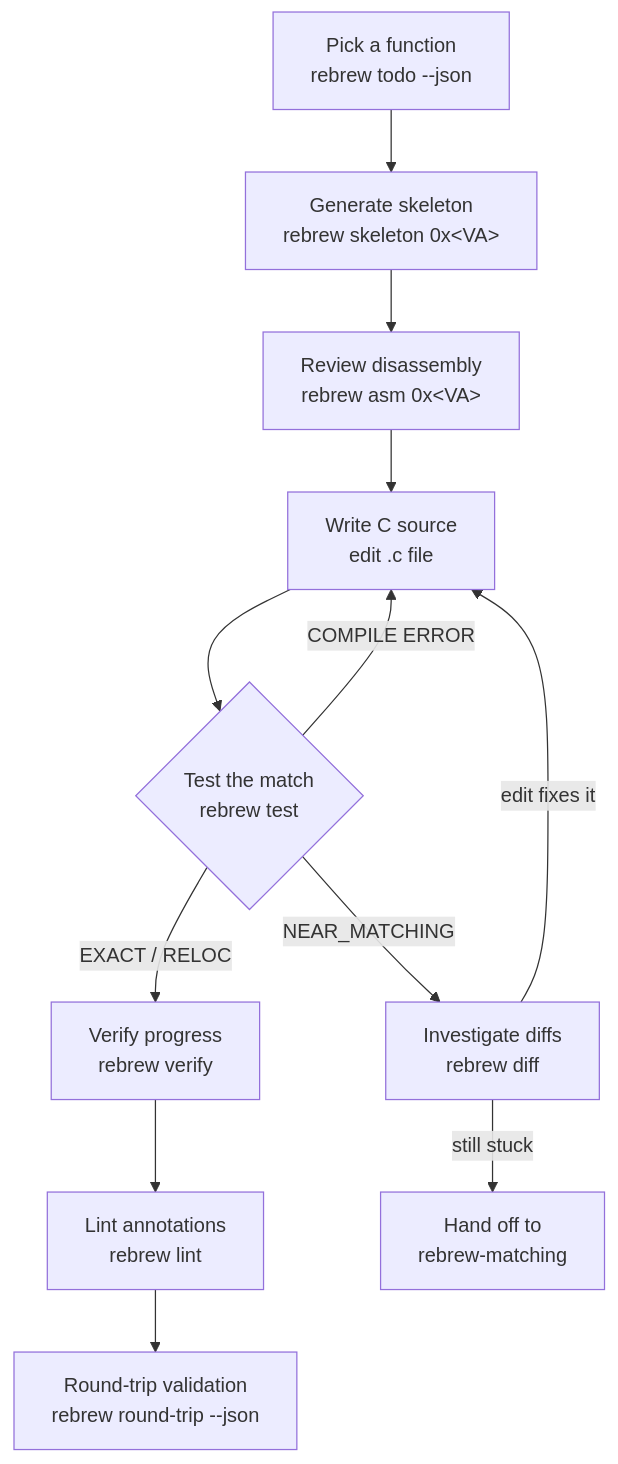
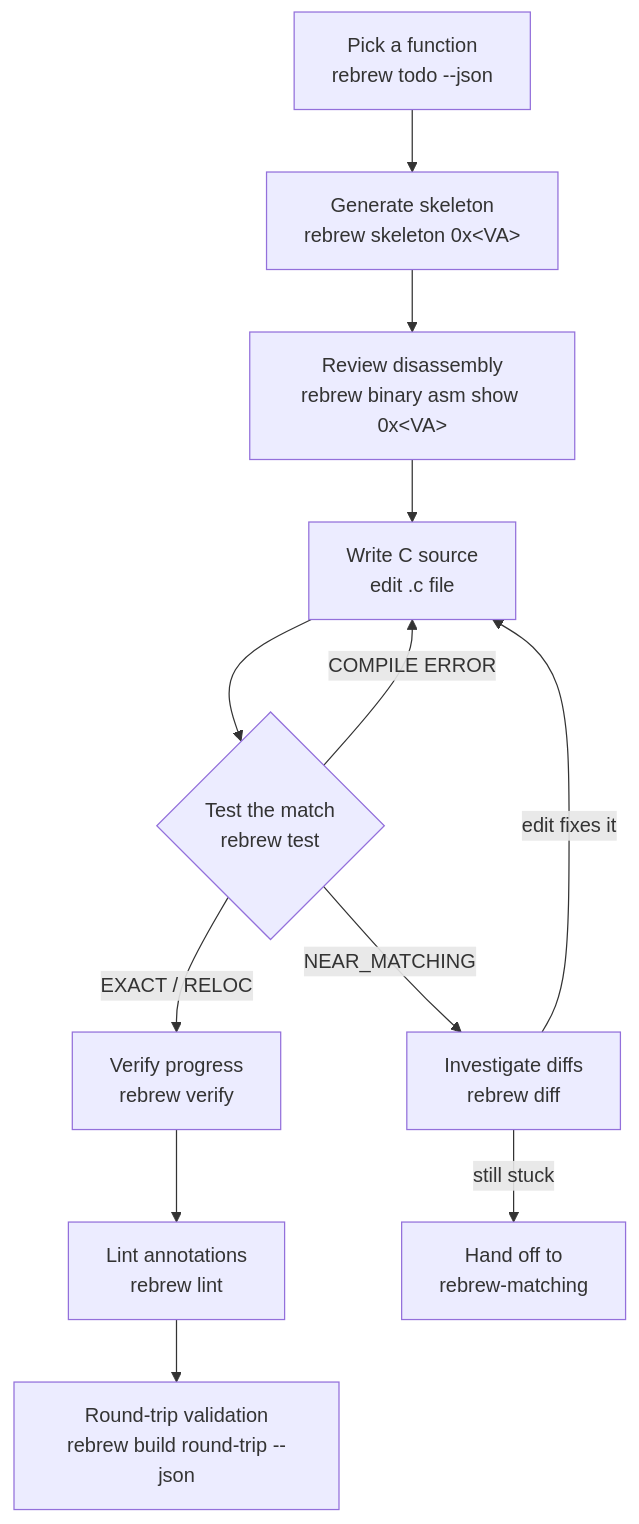
One commit to maci0/rebrew changed the diagram in .agents/skills/rebrew-workflow/SKILL.md. Above: the diagram before and after it, drawn with Mermaid. The commit also changed other lines of this file and 390 other files, not shown here.

````diff
--- a/.agents/skills/rebrew-workflow/SKILL.md
+++ b/.agents/skills/rebrew-workflow/SKILL.md
@@ -12,14 +12,14 @@
 ```mermaid
 graph TD
     Pick[Pick a function<br/>rebrew todo --json] --> Skeleton[Generate skeleton<br/>rebrew skeleton 0x&lt;VA&gt;]
-    Skeleton --> Asm[Review disassembly<br/>rebrew asm 0x&lt;VA&gt;]
+    Skeleton --> Asm[Review disassembly<br/>rebrew binary asm show 0x&lt;VA&gt;]
     Asm --> Write[Write C source<br/>edit .c file]
     Write --> Test{Test the match<br/>rebrew test}
     Test -->|EXACT / RELOC| Verify[Verify progress<br/>rebrew verify]
     Test -->|COMPILE ERROR| Write
     Test -->|NEAR_MATCHING| Diff[Investigate diffs<br/>rebrew diff]
     Diff -->|edit fixes it| Write
     Diff -->|still stuck| Matching[Hand off to<br/>rebrew-matching]
     Verify --> Lint[Lint annotations<br/>rebrew lint]
-    Lint --> RoundTrip[Round-trip validation<br/>rebrew round-trip --json]
+    Lint --> RoundTrip[Round-trip validation<br/>rebrew build round-trip --json]
 ```
````
